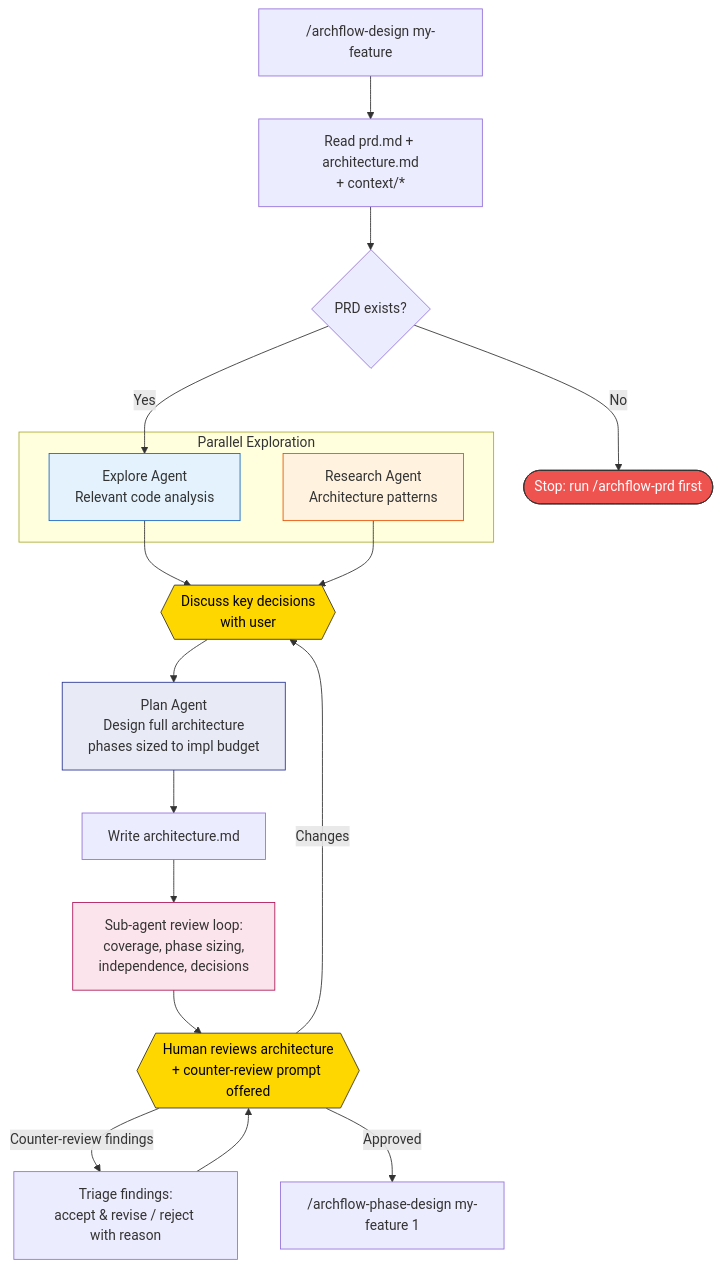
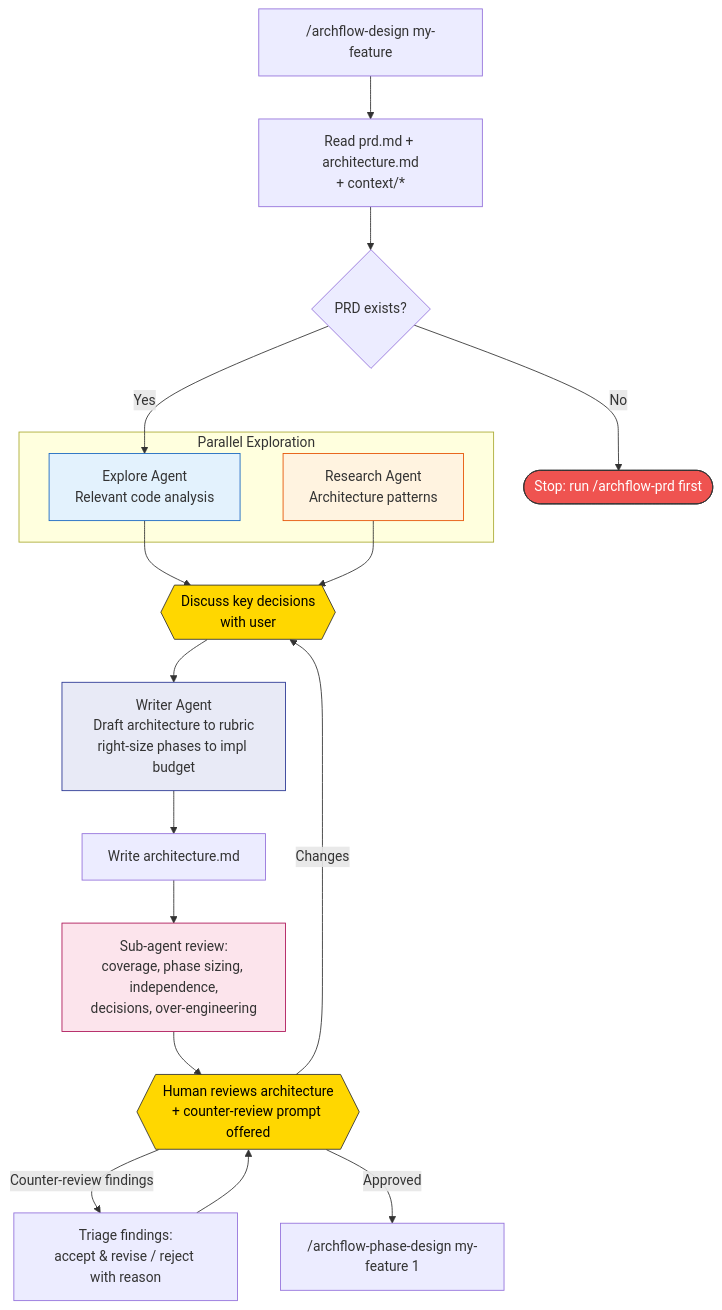
One commit to Aroton/ArchflowV2 changed the sixth of 13 diagrams in docs/archflow-process.md. Above: the diagram before and after it, drawn with Mermaid. The commit also changed other lines of this file and 8 other files, not shown here.

````diff
--- a/docs/archflow-process.md
+++ b/docs/archflow-process.md
@@ -220,34 +224,34 @@
 ```mermaid
 flowchart TD
     D0["/archflow-design my-feature"] --> D_read[Read prd.md + architecture.md<br/>+ context/*]
     D_read --> D_check{PRD exists?}
     D_check -->|No| D_stop([Stop: run /archflow-prd first])
     D_check -->|Yes| D1
 
     subgraph "Parallel Exploration"
         D1[Explore Agent<br/>Relevant code analysis]
         D2[Research Agent<br/>Architecture patterns]
     end
 
     D1 --> D3
     D2 --> D3
 
     D3{{Discuss key decisions<br/>with user}} --> D4
 
-    D4[Plan Agent<br/>Design full architecture<br/>phases sized to impl budget] --> D5[Write architecture.md]
+    D4[Writer Agent<br/>Draft architecture to rubric<br/>right-size phases to impl budget] --> D5[Write architecture.md]
 
-    D5 --> D5a[Sub-agent review loop:<br/>coverage, phase sizing,<br/>independence, decisions]
+    D5 --> D5a[Sub-agent review:<br/>coverage, phase sizing, independence,<br/>decisions, over-engineering]
     D5a --> D6{{Human reviews architecture<br/>+ counter-review prompt offered}}
     D6 -->|Changes| D3
     D6 -->|Counter-review findings| D6a[Triage findings:<br/>accept & revise / reject with reason]
     D6a --> D6
     D6 -->|Approved| D7["/archflow-phase-design my-feature 1"]
 
     style D1 fill:#e3f2fd,stroke:#1565c0
     style D2 fill:#fff3e0,stroke:#e65100
     style D4 fill:#e8eaf6,stroke:#283593
     style D5a fill:#fce4ec,stroke:#ad1457
     style D3 fill:#ffd700,stroke:#333,color:#000
     style D6 fill:#ffd700,stroke:#333,color:#000
     style D_stop fill:#ef5350,stroke:#333,color:#fff
 ```
````
